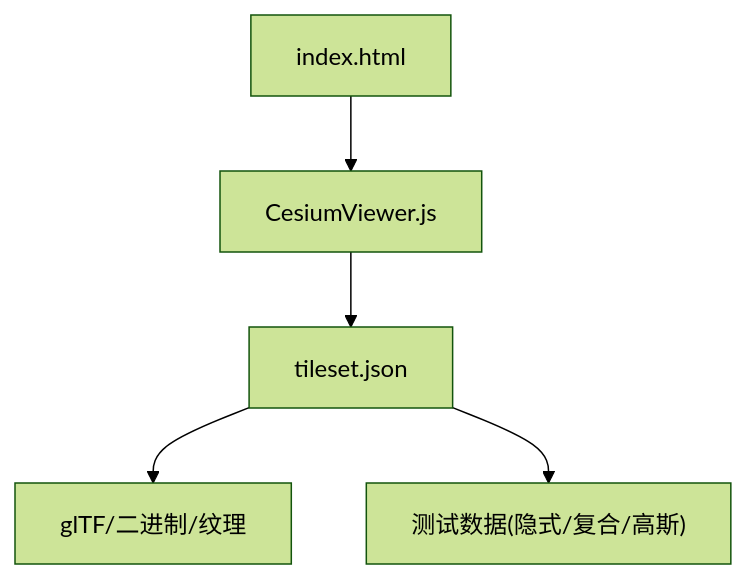
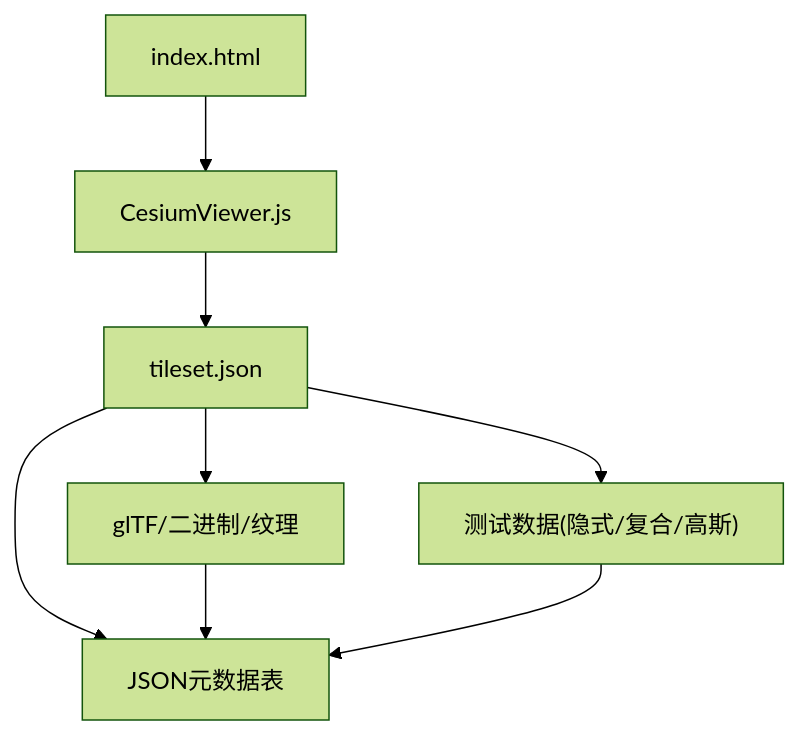
One commit to rzhangjing/cesium changed the sixth of 6 diagrams in .qoder/repowiki/zh/content/项目概述/核心特性/3D数据格式支持/3D Tiles标准支持/3D Tiles标准支持.md. Above: the diagram before and after it, drawn with Mermaid (forest theme). The commit also changed other lines of this file and 90 other files, not shown here.

````diff
--- a/.qoder/repowiki/zh/content/项目概述/核心特性/3D数据格式支持/3D Tiles标准支持/3D Tiles标准支持.md
+++ b/.qoder/repowiki/zh/content/项目概述/核心特性/3D数据格式支持/3D Tiles标准支持/3D Tiles标准支持.md
@@ -319,7 +352,10 @@
 ```mermaid
 graph TB
 HTML["index.html"] --> JS["CesiumViewer.js"]
 JS --> JSON["tileset.json"]
 JSON --> GLTF["glTF/二进制/纹理"]
 JSON --> TEST["测试数据(隐式/复合/高斯)"]
+JSON --> METADATA["JSON元数据表"]
+GLTF --> METADATA
+TEST --> METADATA
 ```
````
